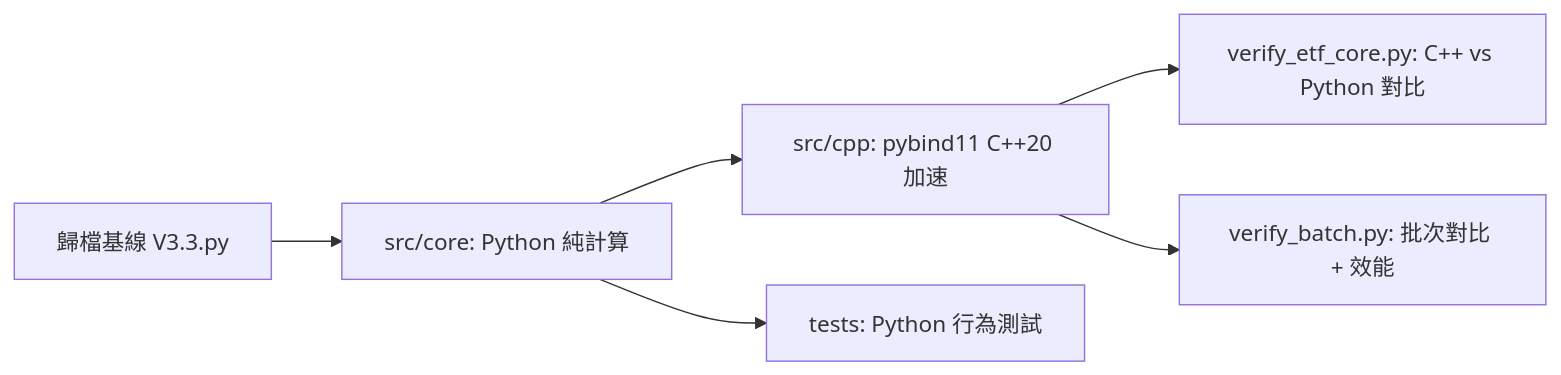
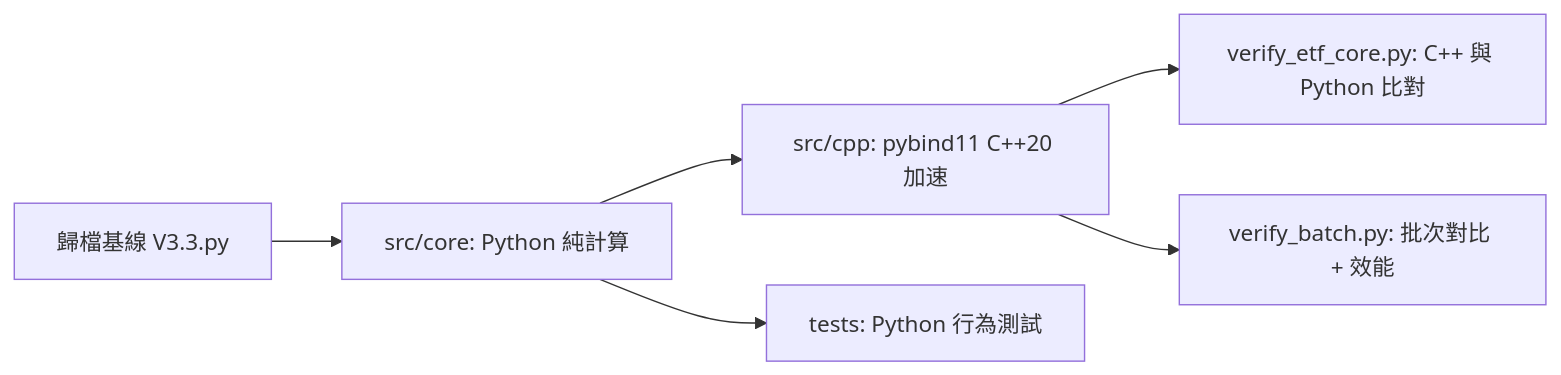
Before and after one commit to redamancy231-create/etf-pattern-match-pybind11: the diagram in zh-Hant/README.md, drawn with Mermaid. The commit also changed other lines of this file and 2 other files, not shown here.

````diff
--- a/zh-Hant/README.md
+++ b/zh-Hant/README.md
@@ -97,8 +97,8 @@
 ```mermaid
 flowchart LR
     A["歸檔基線 V3.3.py"] --> B["src/core: Python 純計算"]
     B --> C["src/cpp: pybind11 C++20 加速"]
     B --> D["tests: Python 行為測試"]
-    C --> E["verify_etf_core.py: C++ vs Python 對比"]
+    C --> E["verify_etf_core.py: C++ 與 Python 比對"]
     C --> F["verify_batch.py: 批次對比 + 效能"]
 ```
````
